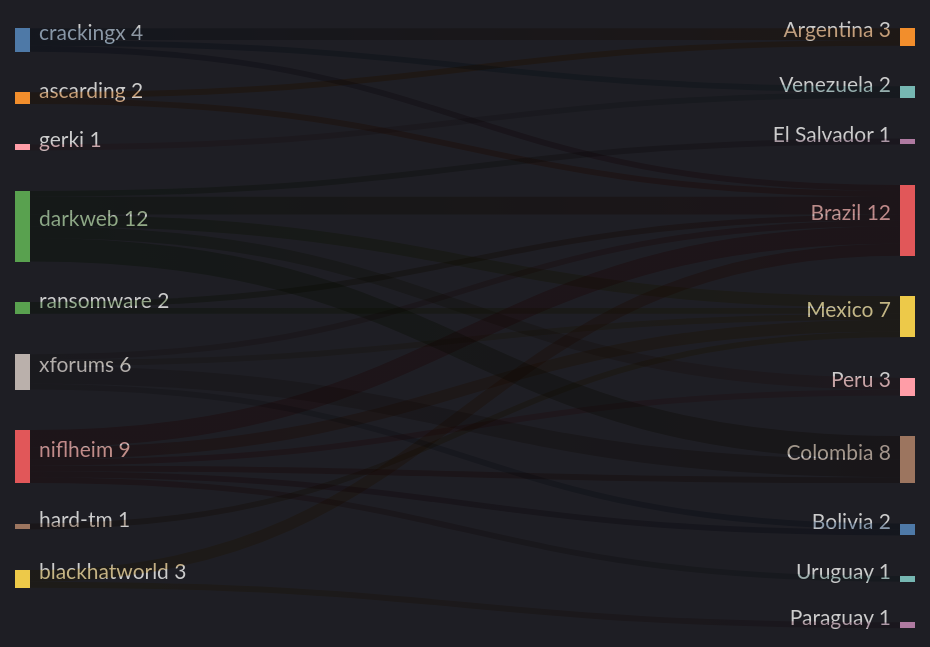
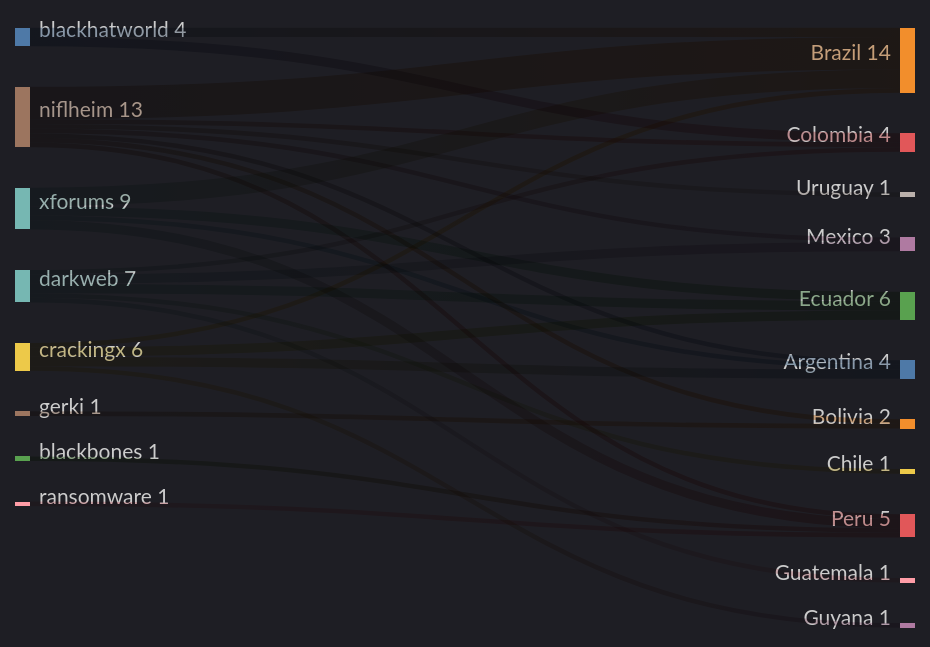
One commit to ZoqueLabs/website changed the fourth of 5 diagrams in exfiltradaz.md. Above: the diagram before and after it, drawn with Mermaid. The commit also changed other lines of this file, not shown here.

````diff
--- a/exfiltradaz.md
+++ b/exfiltradaz.md
@@ -123,33 +124,32 @@
 ```mermaid
 ---
 config:
   theme: dark
 ---
 sankey-beta
+  blackhatworld,Brazil,2
+  blackhatworld,Colombia,2
+  darkweb,Ecuador,2
+  darkweb,Chile,1
+  darkweb,Mexico,2
+  darkweb,Guatemala,1
+  darkweb,Colombia,1
+  niflheim,Uruguay,1
+  niflheim,Brazil,7
+  niflheim,Argentina,1
+  niflheim,Bolivia,1
+  niflheim,Colombia,1
+  niflheim,Mexico,1
+  niflheim,Peru,1
+  xforums,Peru,2
+  xforums,Brazil,4
+  xforums,Ecuador,2
+  xforums,Argentina,1
+  blackbones,Peru,1
+  crackingx,Guyana,1
+  crackingx,Ecuador,2
   crackingx,Argentina,2
   crackingx,Brazil,1
-  crackingx,Venezuela,1
-  darkweb,Mexico,2
-  darkweb,El Salvador,1
-  darkweb,Brazil,3
-  darkweb,Peru,2
-  darkweb,Colombia,4
-  xforums,Colombia,3
-  xforums,Mexico,1
-  xforums,Brazil,1
-  xforums,Bolivia,1
-  ascarding,Argentina,1
-  ascarding,Brazil,1
-  niflheim,Brazil,3
-  niflheim,Mexico,2
-  niflheim,Uruguay,1
-  niflheim,Peru,1
-  niflheim,Colombia,1
-  niflheim,Bolivia,1
-  ransomware,Brazil,1
-  ransomware,Mexico,1
-  blackhatworld,Brazil,2
-  blackhatworld,Paraguay,1
-  gerki,Venezuela,1
-  hard-tm,Mexico,1
+  ransomware,Peru,1
+  gerki,Bolivia,1
 ```
````
